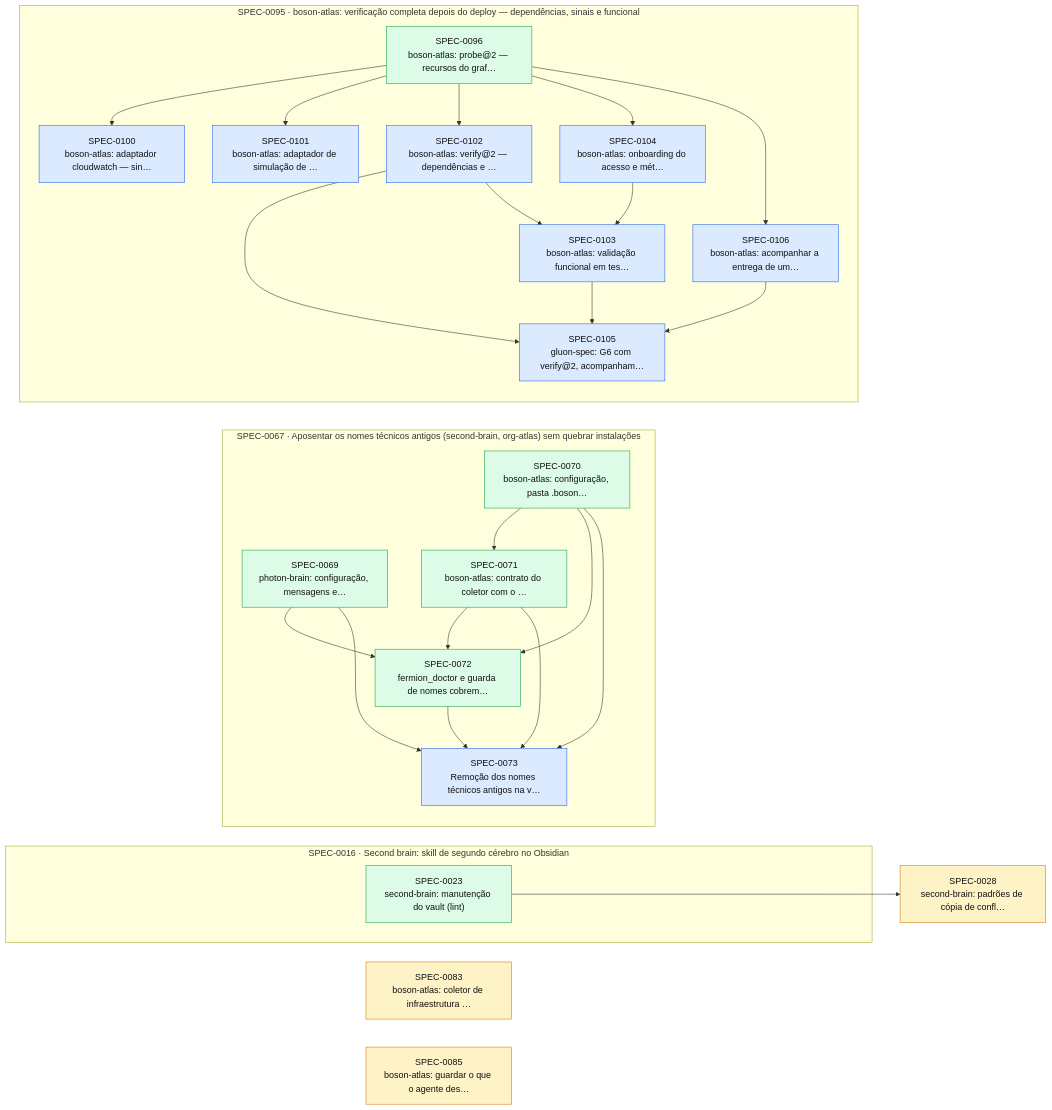
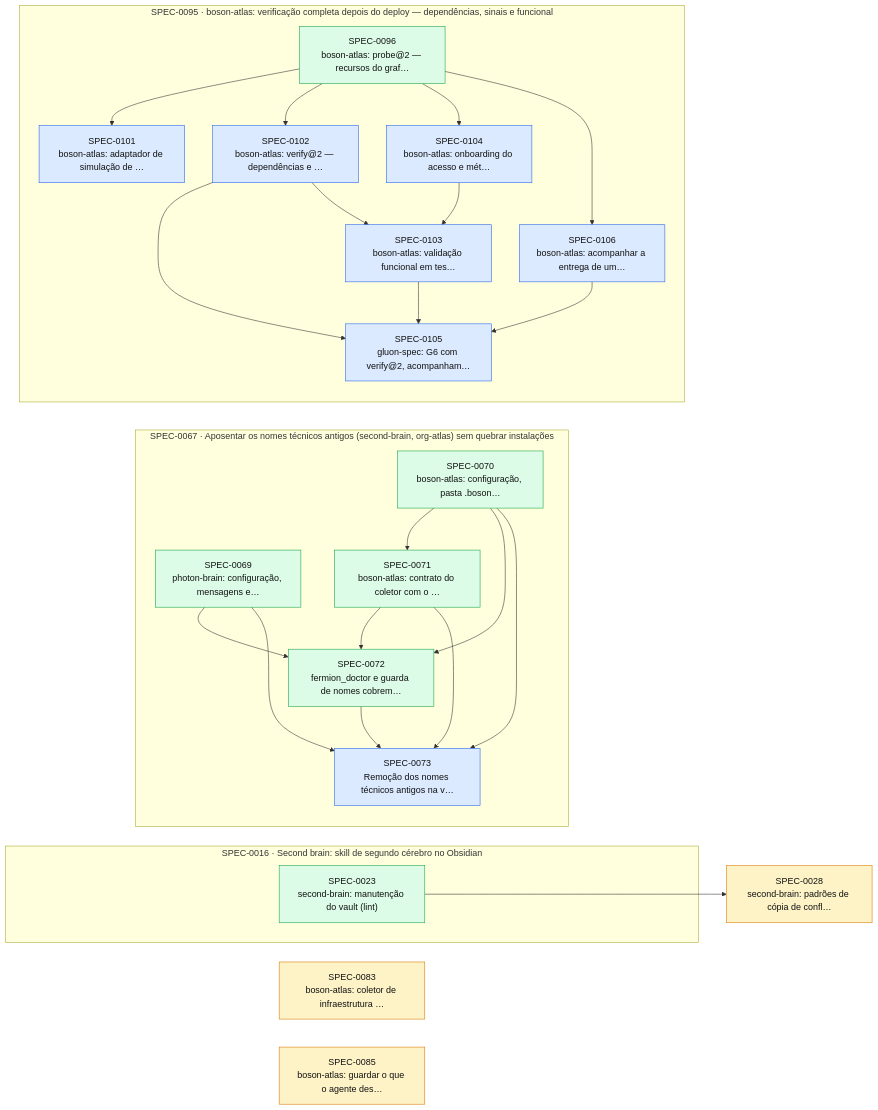
The diagram in docs/specs/INDEX.md (thomasravache/ai-dev-brain), drawn with Mermaid before and after one commit. The commit also changed other lines of this file and 1 other file, not shown here.

First line of the commit message:
docs(specs): G7 e fechamento da SPEC-0100

````diff
--- a/docs/specs/INDEX.md
+++ b/docs/specs/INDEX.md
@@ -72,50 +71,48 @@
 ```mermaid
 flowchart LR
   S0028["SPEC-0028<br/>second-brain: padrões de cópia de confl…"]:::proposed
   S0083["SPEC-0083<br/>boson-atlas: coletor de infraestrutura …"]:::proposed
   S0085["SPEC-0085<br/>boson-atlas: guardar o que o agente des…"]:::proposed
   subgraph E0016["SPEC-0016 · Second brain: skill de segundo cérebro no Obsidian"]
     S0023["SPEC-0023<br/>second-brain: manutenção do vault (lint)"]:::implemented
   end
   subgraph E0067["SPEC-0067 · Aposentar os nomes técnicos antigos (second-brain, org-atlas) sem quebrar instalações"]
     S0069["SPEC-0069<br/>photon-brain: configuração, mensagens e…"]:::implemented
     S0070["SPEC-0070<br/>boson-atlas: configuração, pasta .boson…"]:::implemented
     S0071["SPEC-0071<br/>boson-atlas: contrato do coletor com o …"]:::implemented
     S0072["SPEC-0072<br/>fermion_doctor e guarda de nomes cobrem…"]:::implemented
     S0073["SPEC-0073<br/>Remoção dos nomes técnicos antigos na v…"]:::approved
   end
   subgraph E0095["SPEC-0095 · boson-atlas: verificação completa depois do deploy — dependências, sinais e funcional"]
     S0096["SPEC-0096<br/>boson-atlas: probe@2 — recursos do graf…"]:::implemented
-    S0100["SPEC-0100<br/>boson-atlas: adaptador cloudwatch — sin…"]:::approved
     S0101["SPEC-0101<br/>boson-atlas: adaptador de simulação de …"]:::approved
     S0102["SPEC-0102<br/>boson-atlas: verify@2 — dependências e …"]:::approved
     S0103["SPEC-0103<br/>boson-atlas: validação funcional em tes…"]:::approved
     S0104["SPEC-0104<br/>boson-atlas: onboarding do acesso e mét…"]:::approved
     S0105["SPEC-0105<br/>gluon-spec: G6 com verify@2, acompanham…"]:::approved
     S0106["SPEC-0106<br/>boson-atlas: acompanhar a entrega de um…"]:::approved
   end
   S0023 --> S0028
   S0070 --> S0071
   S0069 --> S0072
   S0070 --> S0072
   S0071 --> S0072
   S0069 --> S0073
   S0070 --> S0073
   S0071 --> S0073
   S0072 --> S0073
-  S0096 --> S0100
   S0096 --> S0101
   S0096 --> S0102
   S0102 --> S0103
   S0104 --> S0103
   S0096 --> S0104
   S0102 --> S0105
   S0103 --> S0105
   S0106 --> S0105
   S0096 --> S0106
   classDef proposed fill:#fef3c7,stroke:#d97706,color:#111
   classDef approved fill:#dbeafe,stroke:#2563eb,color:#111
   classDef inprogress fill:#ede9fe,stroke:#7c3aed,color:#111
   classDef implemented fill:#dcfce7,stroke:#16a34a,color:#111
   classDef deprecated fill:#f3f4f6,stroke:#9ca3af,color:#6b7280
 ```
````
